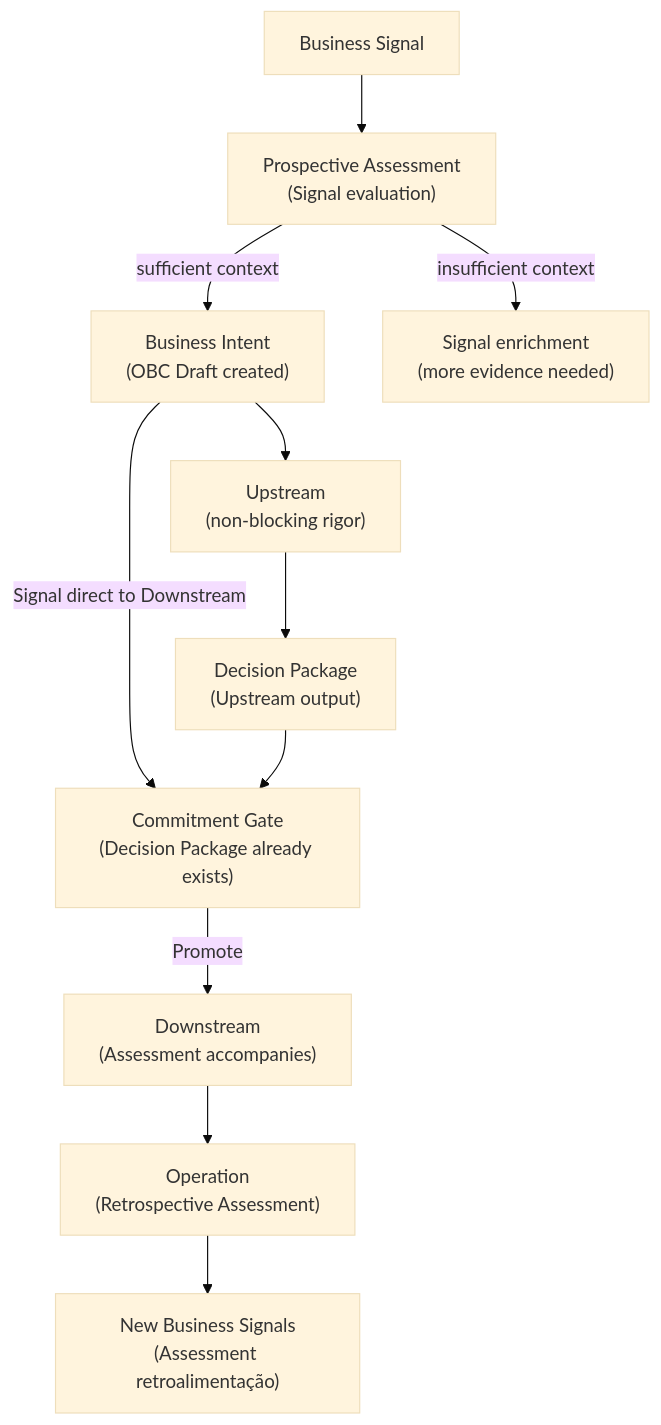
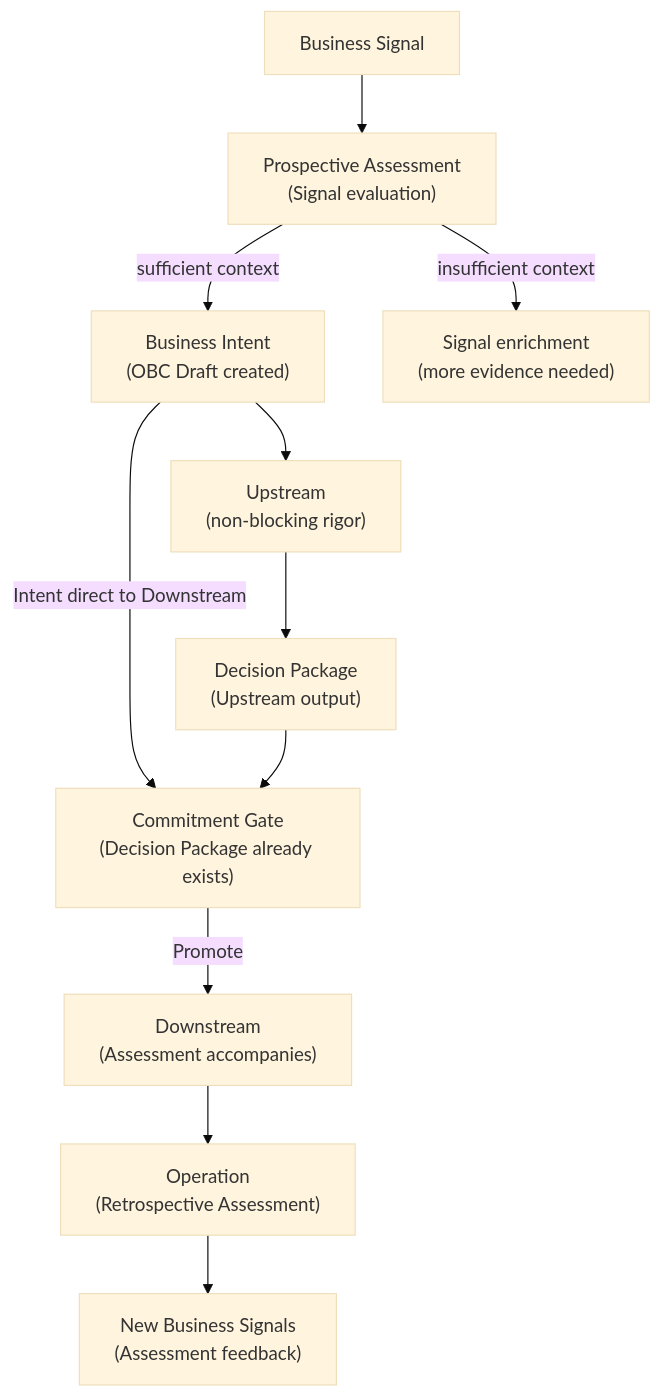
The second of 4 diagrams in en/chapter-04.md (produtoreativo/from-intent-to-outcome), drawn with Mermaid (base theme) before and after one commit. The commit also changed other lines of this file and 8 other files, not shown here.

````diff
--- a/en/chapter-04.md
+++ b/en/chapter-04.md
@@ -67,13 +67,13 @@
 ```mermaid
 graph TD
     BS["Business Signal"] --> A["Prospective Assessment\n(Signal evaluation)"]
     A --> |"sufficient context"| BI["Business Intent\n(OBC Draft created)"]
     A --> |"insufficient context"| EV["Signal enrichment\n(more evidence needed)"]
     BI --> UP["Upstream\n(non-blocking rigor)"]
-    BI --> |"Signal direct to Downstream"| CG["Commitment Gate\n(Decision Package already exists)"]
+    BI --> |"Intent direct to Downstream"| CG["Commitment Gate\n(Decision Package already exists)"]
     UP --> DP["Decision Package\n(Upstream output)"]
     DP --> CG
     CG --> |"Promote"| DS["Downstream\n(Assessment accompanies)"]
     DS --> OP["Operation\n(Retrospective Assessment)"]
-    OP --> NBS["New Business Signals\n(Assessment retroalimentação)"]
+    OP --> NBS["New Business Signals\n(Assessment feedback)"]
 ```
````
